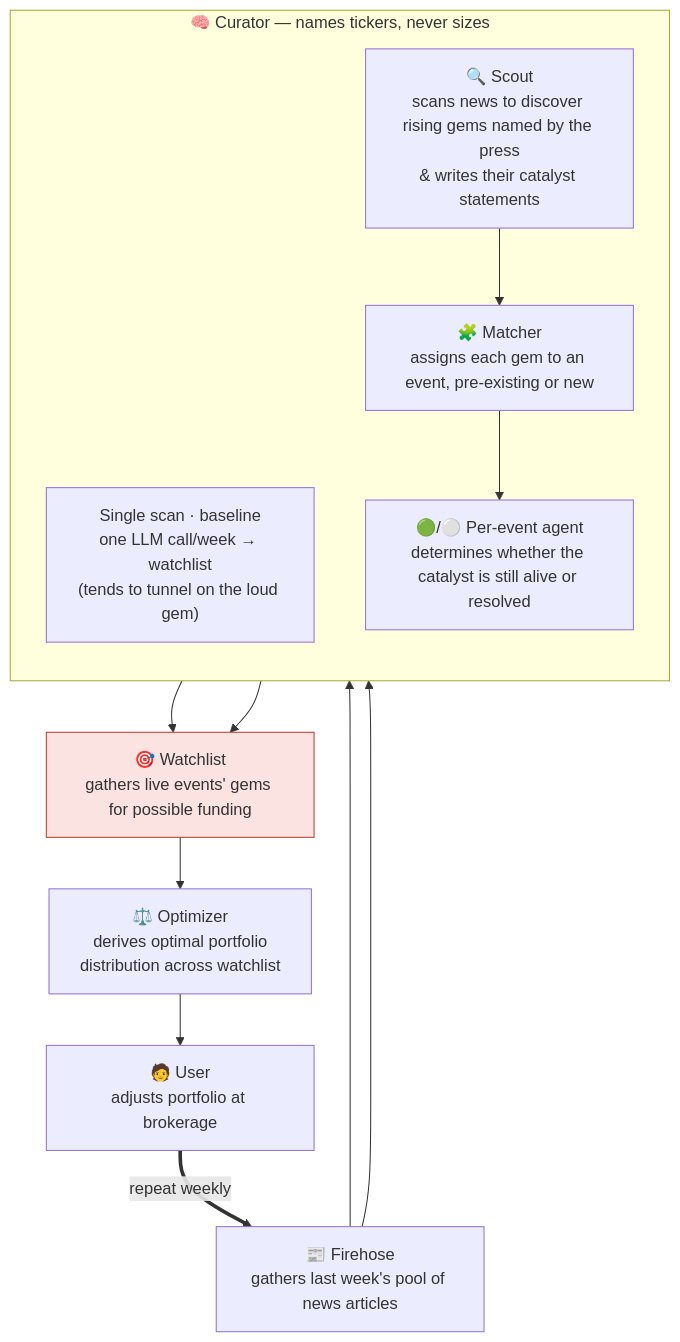
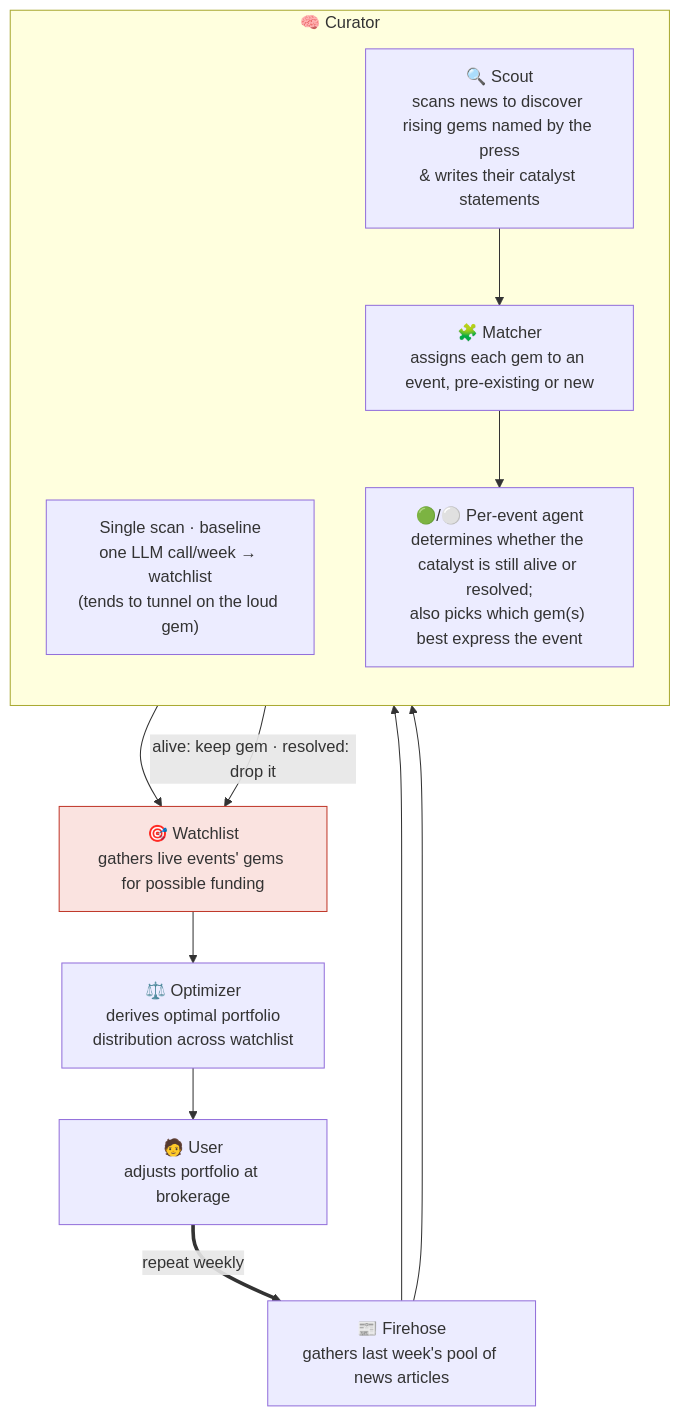
One commit to joehahn/geo-herd-rider changed the diagram in README.md. Above: the diagram before and after it, drawn with Mermaid. The commit also changed other lines of this file, not shown here.

Commit message:
README: Curator title trim; AI-never-sizes in prose; agent gem-pick + exit-drop in diagram
- Drop curator subtitle to just 'Curator'.
- Make 'sizing is mechanical; the AI never sets sizes' explicit in the
  how-it-works prose (was only in the diagram, now removed there).
- Diagram: per-event agent box notes it also picks the gem(s) expressing the
  event; label the agent->watchlist edge 'alive: keep gem / resolved: drop it'
  so the exit consequence is visible.

````diff
--- a/README.md
+++ b/README.md
@@ -18,27 +18,27 @@
 ```mermaid
 flowchart TD
     S["📰 Firehose<br/>gathers last week's pool of news articles"]
 
-    subgraph CUR["🧠 Curator — names tickers, never sizes"]
+    subgraph CUR["🧠 Curator"]
       direction TB
       SS["Single scan · baseline<br/>one LLM call/week → watchlist<br/>(tends to tunnel on the loud gem)"]
       SC["🔍 Scout<br/>scans news to discover rising gems named by the press<br/>& writes their catalyst statements"]
       MA["🧩 Matcher<br/>assigns each gem to an event, pre-existing or new"]
-      AG["🟢/⚪ Per-event agent<br/>determines whether the catalyst is still alive or resolved"]
+      AG["🟢/⚪ Per-event agent<br/>determines whether the catalyst is still alive or resolved;<br/>also picks which gem(s) best express the event"]
       SC --> MA --> AG
     end
 
     E["🎯 Watchlist<br/>gathers live events' gems for possible funding"]
     W["⚖️ Optimizer<br/>derives optimal portfolio<br/>distribution across watchlist"]
     U["🧑 User<br/>adjusts portfolio at brokerage"]
 
     S --> SS
     S --> SC
     SS --> E
-    AG --> E
+    AG -- "alive: keep gem · resolved: drop it" --> E
     E --> W --> U
     U == "repeat weekly" ==> S
 
     classDef bet fill:#fae3e0,stroke:#c0392b;
     class E bet
 ```
````
